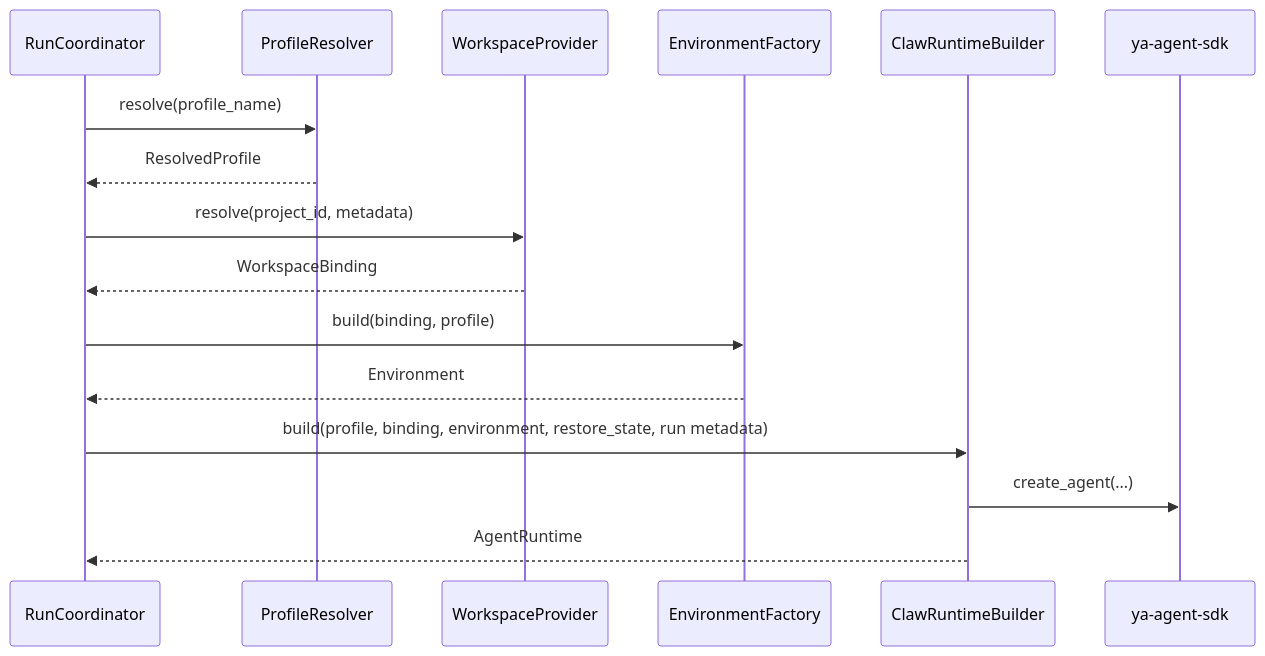
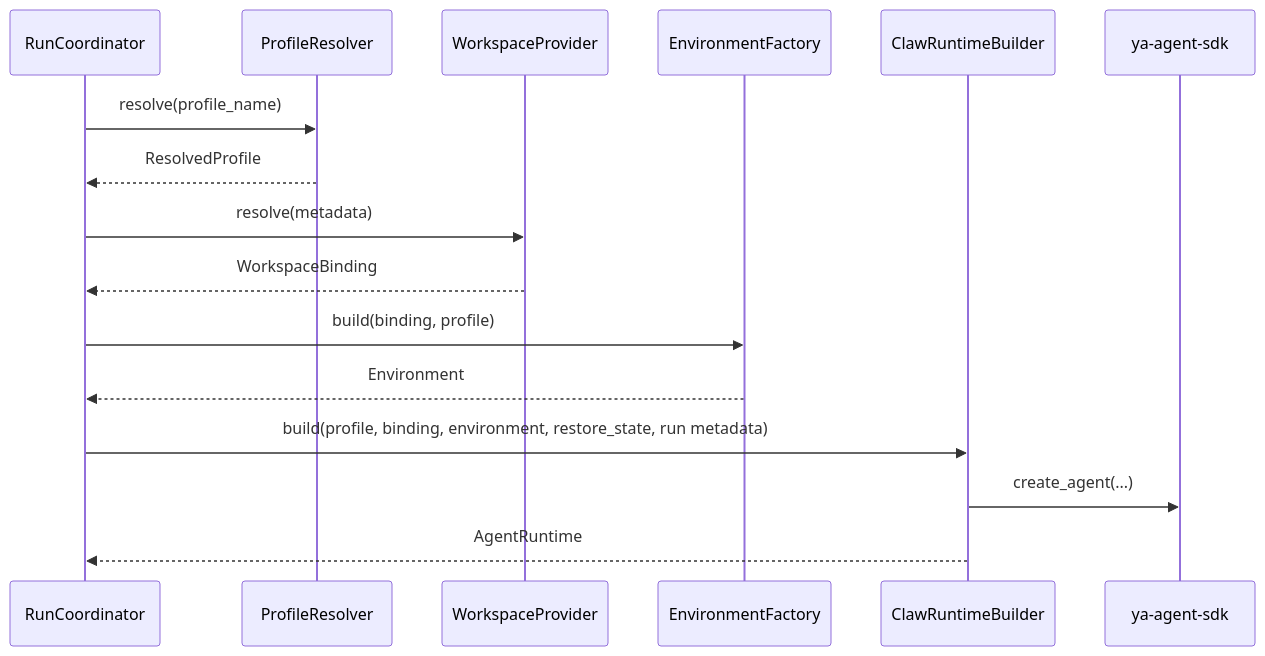
One commit to Wh1isper/ya-mono changed the diagram in packages/ya-claw/spec/06-runtime-assembly.md. Above: the diagram before and after it, drawn with Mermaid. The commit also changed other lines of this file and 31 other files, not shown here.

````diff
--- a/packages/ya-claw/spec/06-runtime-assembly.md
+++ b/packages/ya-claw/spec/06-runtime-assembly.md
@@ -104,19 +101,19 @@
 ```mermaid
 sequenceDiagram
     participant COORD as RunCoordinator
     participant PROF as ProfileResolver
     participant WP as WorkspaceProvider
     participant EF as EnvironmentFactory
     participant RB as ClawRuntimeBuilder
     participant SDK as ya-agent-sdk
 
     COORD->>PROF: resolve(profile_name)
     PROF-->>COORD: ResolvedProfile
-    COORD->>WP: resolve(project_id, metadata)
+    COORD->>WP: resolve(metadata)
     WP-->>COORD: WorkspaceBinding
     COORD->>EF: build(binding, profile)
     EF-->>COORD: Environment
     COORD->>RB: build(profile, binding, environment, restore_state, run metadata)
     RB->>SDK: create_agent(...)
     RB-->>COORD: AgentRuntime
 ```
````
